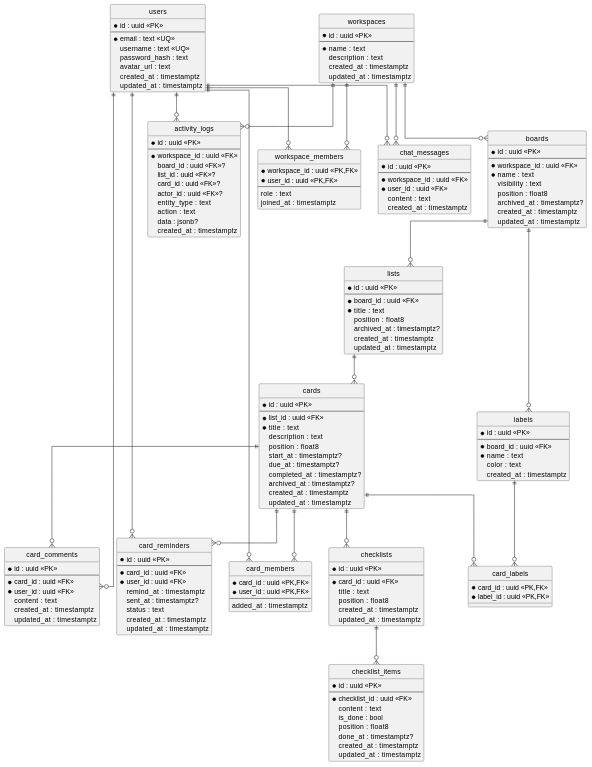
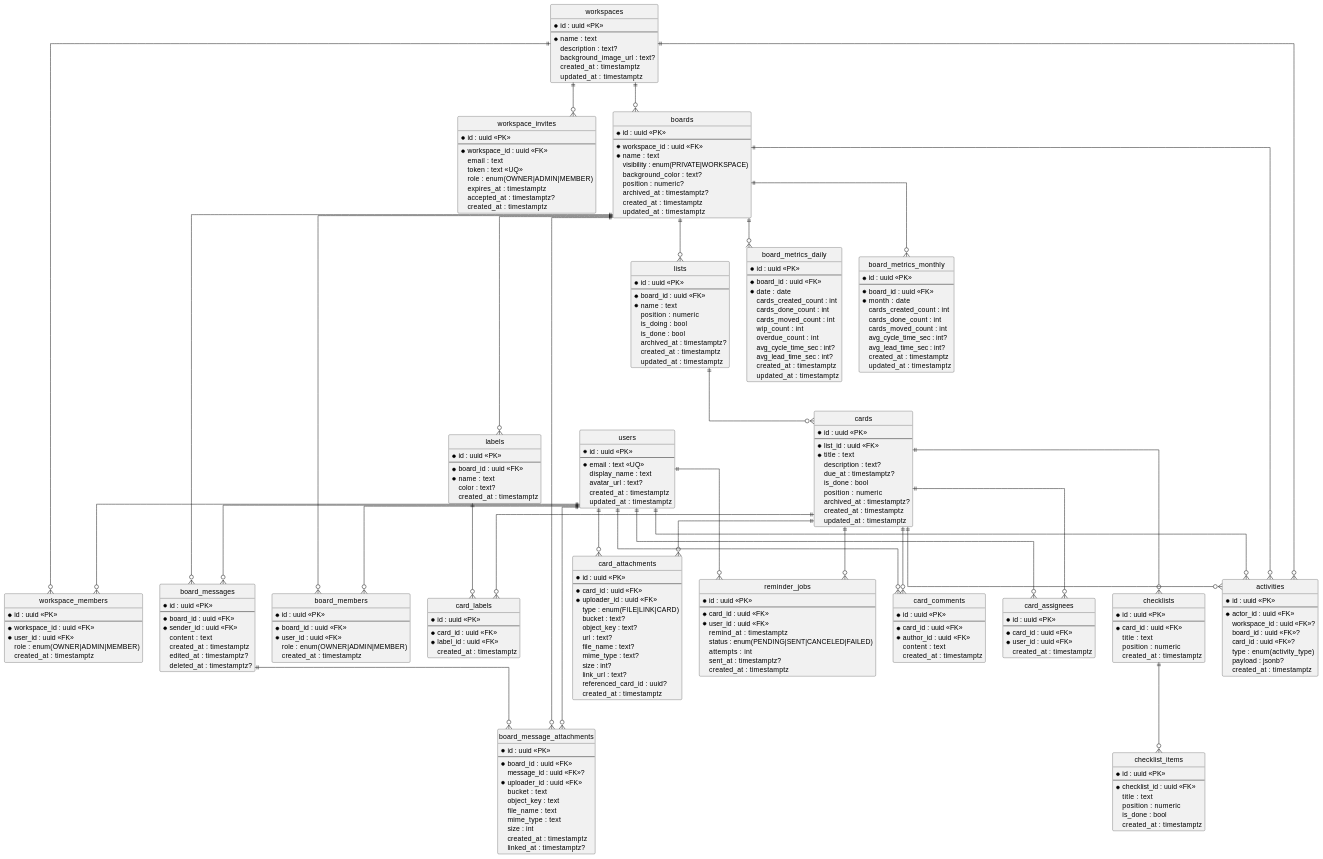
One commit to tvquang0511/TeamHub changed the diagram in docs/diagrams/database-diagram.md. Above: the diagram before and after it, drawn with PlantUML. The commit also changed 45 other files, not shown here.

````diff
--- a/docs/diagrams/database-diagram.md
+++ b/docs/diagrams/database-diagram.md
@@ -9,9 +9,8 @@
   * id : uuid <<PK>>
   --
   * email : text <<UQ>>
-  username : text <<UQ>>
-  password_hash : text
-  avatar_url : text
+  display_name : text
+  avatar_url : text?
   created_at : timestamptz
   updated_at : timestamptz
 }
@@ -20,17 +19,31 @@
   * id : uuid <<PK>>
   --
   * name : text
-  description : text
+  description : text?
+  background_image_url : text?
   created_at : timestamptz
   updated_at : timestamptz
 }
 
 entity "workspace_members" as workspace_members {
-  * workspace_id : uuid <<PK,FK>>
-  * user_id : uuid <<PK,FK>>
+  * id : uuid <<PK>>
   --
-  role : text
-  joined_at : timestamptz
+  * workspace_id : uuid <<FK>>
+  * user_id : uuid <<FK>>
+  role : enum(OWNER|ADMIN|MEMBER)
+  created_at : timestamptz
+}
+
+entity "workspace_invites" as workspace_invites {
+  * id : uuid <<PK>>
+  --
+  * workspace_id : uuid <<FK>>
+  email : text
+  token : text <<UQ>>
+  role : enum(OWNER|ADMIN|MEMBER)
+  expires_at : timestamptz
+  accepted_at : timestamptz?
+  created_at : timestamptz
 }
 
 entity "boards" as boards {
@@ -38,19 +51,31 @@
   --
   * workspace_id : uuid <<FK>>
   * name : text
-  visibility : text
-  position : float8
+  visibility : enum(PRIVATE|WORKSPACE)
+  background_color : text?
+  position : numeric?
   archived_at : timestamptz?
   created_at : timestamptz
   updated_at : timestamptz
+}
+
+entity "board_members" as board_members {
+  * id : uuid <<PK>>
+  --
+  * board_id : uuid <<FK>>
+  * user_id : uuid <<FK>>
+  role : enum(OWNER|ADMIN|MEMBER)
+  created_at : timestamptz
 }
 
 entity "lists" as lists {
   * id : uuid <<PK>>
   --
   * board_id : uuid <<FK>>
-  * title : text
-  position : float8
+  * name : text
+  position : numeric
+  is_doing : bool
+  is_done : bool
   archived_at : timestamptz?
   created_at : timestamptz
   updated_at : timestamptz
@@ -61,55 +86,11 @@
   --
   * list_id : uuid <<FK>>
   * title : text
-  description : text
-  position : float8
-  start_at : timestamptz?
+  description : text?
   due_at : timestamptz?
-  completed_at : timestamptz?
+  is_done : bool
+  position : numeric
   archived_at : timestamptz?
-  created_at : timestamptz
-  updated_at : timestamptz
-}
-
-entity "card_members" as card_members {
-  * card_id : uuid <<PK,FK>>
-  * user_id : uuid <<PK,FK>>
-  --
-  added_at : timestamptz
-}
-
-entity "labels" as labels {
-  * id : uuid <<PK>>
-  --
-  * board_id : uuid <<FK>>
-  * name : text
-  color : text
-  created_at : timestamptz
-}
-
-entity "card_labels" as card_labels {
-  * card_id : uuid <<PK,FK>>
-  * label_id : uuid <<PK,FK>>
-}
-
-entity "checklists" as checklists {
-  * id : uuid <<PK>>
-  --
-  * card_id : uuid <<FK>>
-  title : text
-  position : float8
-  created_at : timestamptz
-  updated_at : timestamptz
-}
-
-entity "checklist_items" as checklist_items {
-  * id : uuid <<PK>>
-  --
-  * checklist_id : uuid <<FK>>
-  content : text
-  is_done : bool
-  position : float8
-  done_at : timestamptz?
   created_at : timestamptz
   updated_at : timestamptz
 }
@@ -118,56 +99,169 @@
   * id : uuid <<PK>>
   --
   * card_id : uuid <<FK>>
-  * user_id : uuid <<FK>>
+  * author_id : uuid <<FK>>
   content : text
   created_at : timestamptz
-  updated_at : timestamptz
 }
 
-entity "card_reminders" as card_reminders {
+entity "card_assignees" as card_assignees {
+  * id : uuid <<PK>>
+  --
+  * card_id : uuid <<FK>>
+  * user_id : uuid <<FK>>
+  created_at : timestamptz
+}
+
+entity "labels" as labels {
+  * id : uuid <<PK>>
+  --
+  * board_id : uuid <<FK>>
+  * name : text
+  color : text?
+  created_at : timestamptz
+}
+
+entity "card_labels" as card_labels {
+  * id : uuid <<PK>>
+  --
+  * card_id : uuid <<FK>>
+  * label_id : uuid <<FK>>
+  created_at : timestamptz
+}
+
+entity "checklists" as checklists {
+  * id : uuid <<PK>>
+  --
+  * card_id : uuid <<FK>>
+  title : text
+  position : numeric
+  created_at : timestamptz
+}
+
+entity "checklist_items" as checklist_items {
+  * id : uuid <<PK>>
+  --
+  * checklist_id : uuid <<FK>>
+  title : text
+  position : numeric
+  is_done : bool
+  created_at : timestamptz
+}
+
+entity "card_attachments" as card_attachments {
+  * id : uuid <<PK>>
+  --
+  * card_id : uuid <<FK>>
+  * uploader_id : uuid <<FK>>
+  type : enum(FILE|LINK|CARD)
+  bucket : text?
+  object_key : text?
+  url : text?
+  file_name : text?
+  mime_type : text?
+  size : int?
+  link_url : text?
+  referenced_card_id : uuid?
+  created_at : timestamptz
+}
+
+entity "reminder_jobs" as reminder_jobs {
   * id : uuid <<PK>>
   --
   * card_id : uuid <<FK>>
   * user_id : uuid <<FK>>
   remind_at : timestamptz
+  status : enum(PENDING|SENT|CANCELED|FAILED)
+  attempts : int
   sent_at : timestamptz?
-  status : text
+  created_at : timestamptz
+}
+
+entity "activities" as activities {
+  * id : uuid <<PK>>
+  --
+  * actor_id : uuid <<FK>>
+  workspace_id : uuid <<FK>>?
+  board_id : uuid <<FK>>?
+  card_id : uuid <<FK>>?
+  type : enum(activity_type)
+  payload : jsonb?
+  created_at : timestamptz
+}
+
+entity "board_messages" as board_messages {
+  * id : uuid <<PK>>
+  --
+  * board_id : uuid <<FK>>
+  * sender_id : uuid <<FK>>
+  content : text
+  created_at : timestamptz
+  edited_at : timestamptz?
+  deleted_at : timestamptz?
+}
+
+entity "board_message_attachments" as board_message_attachments {
+  * id : uuid <<PK>>
+  --
+  * board_id : uuid <<FK>>
+  message_id : uuid <<FK>>?
+  * uploader_id : uuid <<FK>>
+  bucket : text
+  object_key : text
+  file_name : text
+  mime_type : text
+  size : int
+  created_at : timestamptz
+  linked_at : timestamptz?
+}
+
+entity "board_metrics_daily" as board_metrics_daily {
+  * id : uuid <<PK>>
+  --
+  * board_id : uuid <<FK>>
+  * date : date
+  cards_created_count : int
+  cards_done_count : int
+  cards_moved_count : int
+  wip_count : int
+  overdue_count : int
+  avg_cycle_time_sec : int?
+  avg_lead_time_sec : int?
   created_at : timestamptz
   updated_at : timestamptz
 }
 
-entity "chat_messages" as chat_messages {
+entity "board_metrics_monthly" as board_metrics_monthly {
   * id : uuid <<PK>>
   --
-  * workspace_id : uuid <<FK>>
-  * user_id : uuid <<FK>>
-  content : text
+  * board_id : uuid <<FK>>
+  * month : date
+  cards_created_count : int
+  cards_done_count : int
+  cards_moved_count : int
+  avg_cycle_time_sec : int?
+  avg_lead_time_sec : int?
   created_at : timestamptz
-}
-
-entity "activity_logs" as activity_logs {
-  * id : uuid <<PK>>
-  --
-  * workspace_id : uuid <<FK>>
-  board_id : uuid <<FK>>?
-  list_id : uuid <<FK>>?
-  card_id : uuid <<FK>>?
-  actor_id : uuid <<FK>>?
-  entity_type : text
-  action : text
-  data : jsonb?
-  created_at : timestamptz
+  updated_at : timestamptz
 }
 
 users ||--o{ workspace_members
 workspaces ||--o{ workspace_members
 
+workspaces ||--o{ workspace_invites
+
 workspaces ||--o{ boards
+boards ||--o{ board_members
+users ||--o{ board_members
+
 boards ||--o{ lists
 lists ||--o{ cards
 
-cards ||--o{ card_members
-users ||--o{ card_members
+cards ||--o{ card_comments
+users ||--o{ card_comments
+
+cards ||--o{ card_assignees
+users ||--o{ card_assignees
 
 boards ||--o{ labels
 cards ||--o{ card_labels
@@ -176,16 +270,24 @@
 cards ||--o{ checklists
 checklists ||--o{ checklist_items
 
-cards ||--o{ card_comments
-users ||--o{ card_comments
+cards ||--o{ card_attachments
+users ||--o{ card_attachments
 
-cards ||--o{ card_reminders
-users ||--o{ card_reminders
+cards ||--o{ reminder_jobs
+users ||--o{ reminder_jobs
 
-workspaces ||--o{ chat_messages
-users ||--o{ chat_messages
+users ||--o{ activities
+workspaces ||--o{ activities
+boards ||--o{ activities
+cards ||--o{ activities
 
-workspaces ||--o{ activity_logs
-users ||--o{ activity_logs
+boards ||--o{ board_messages
+users ||--o{ board_messages
+boards ||--o{ board_message_attachments
+users ||--o{ board_message_attachments
+board_messages ||--o{ board_message_attachments
+
+boards ||--o{ board_metrics_daily
+boards ||--o{ board_metrics_monthly
 @enduml
 ```
````
